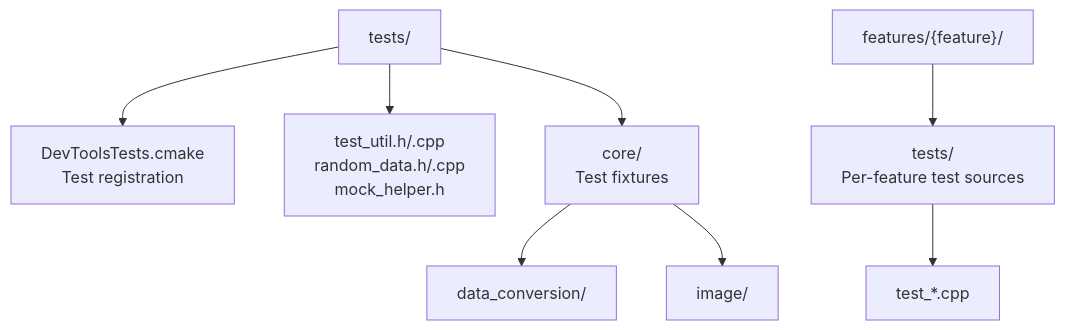
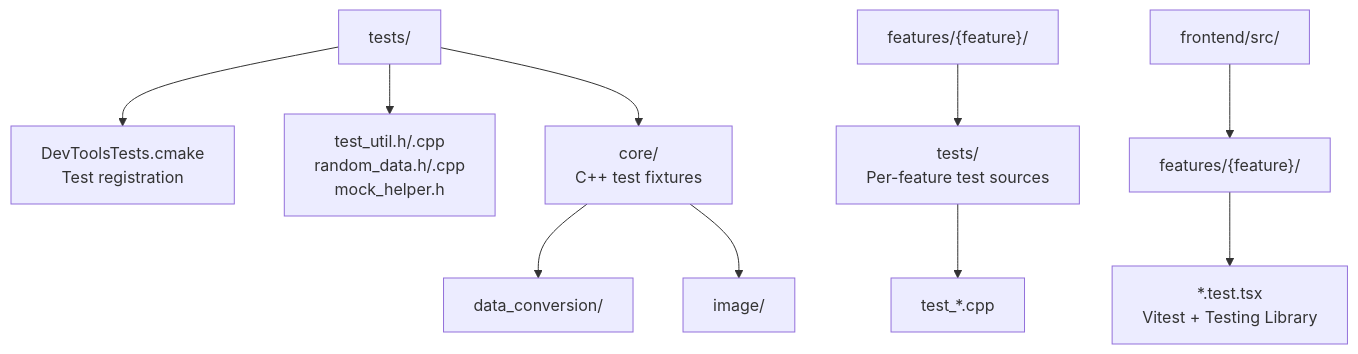
The diagram in docs/development/testing-guide.md (LotusAndCompany/devtools), drawn with Mermaid before and after one commit. The commit also changed other lines of this file and 37 other files, not shown here.

````diff
--- a/docs/development/testing-guide.md
+++ b/docs/development/testing-guide.md
@@ -17,11 +21,13 @@
 ```mermaid
 flowchart TD
     tests["tests/"]
     tests --> registration["DevToolsTests.cmake<br/>Test registration"]
     tests --> helpers["test_util.h/.cpp<br/>random_data.h/.cpp<br/>mock_helper.h"]
-    tests --> fixtures["core/<br/>Test fixtures"]
+    tests --> fixtures["core/<br/>C++ test fixtures"]
     fixtures --> conversion["data_conversion/"]
     fixtures --> image["image/"]
     feature["features/{feature}/"] --> feature_tests["tests/<br/>Per-feature test sources"]
     feature_tests --> test_file["test_*.cpp"]
+    frontend["frontend/src/"] --> frontend_features["features/{feature}/"]
+    frontend_features --> frontend_tests["*.test.tsx<br/>Vitest + Testing Library"]
 ```
````
